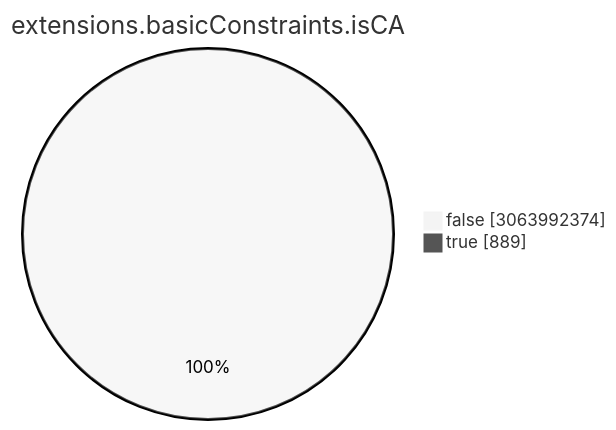
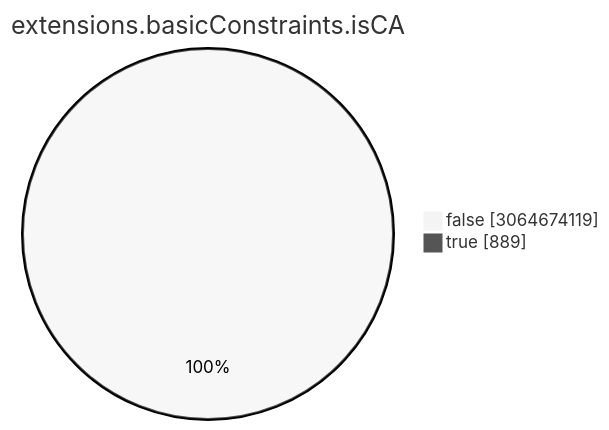
One commit to christiankrug/ctmonitor_visualization changed the seventh of 15 diagrams in TOTAL/README.md. Above: the diagram before and after it, drawn with Mermaid (neutral theme). The commit also changed other lines of this file, not shown here.

````diff
--- a/TOTAL/README.md
+++ b/TOTAL/README.md
@@ -3086,6 +3086,6 @@
 ```mermaid
 pie showData
 title extensions.basicConstraints.isCA
-"false" :3063992374
+"false" :3064674119
 "true" :889
 ```
````
